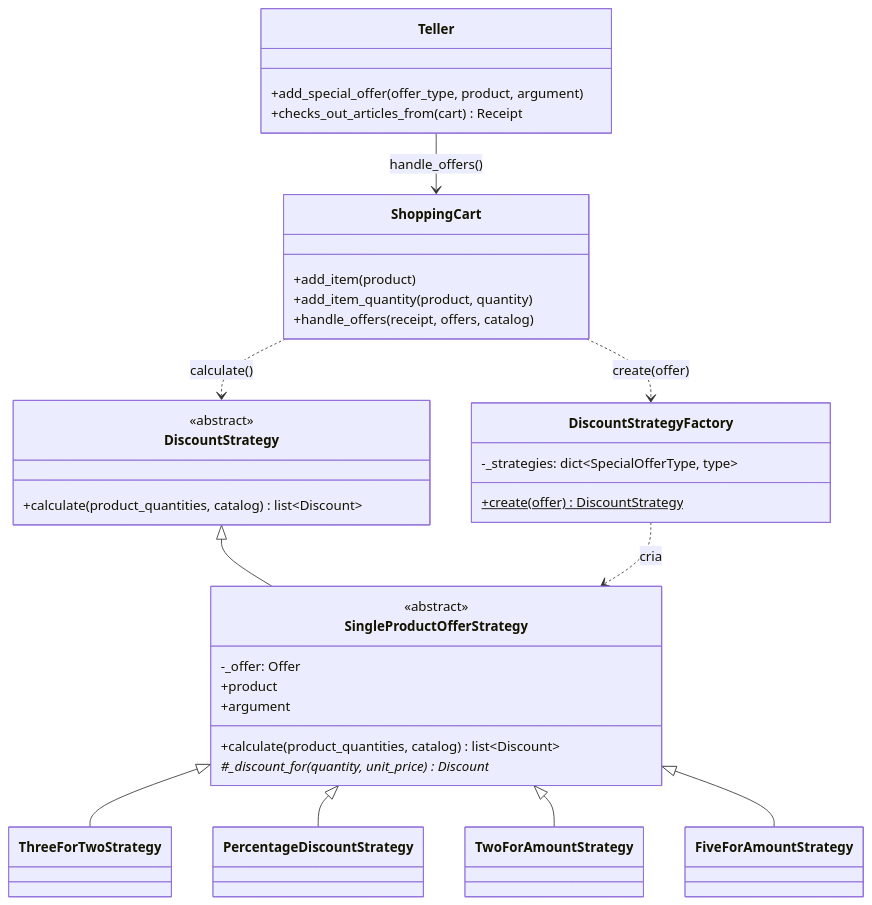
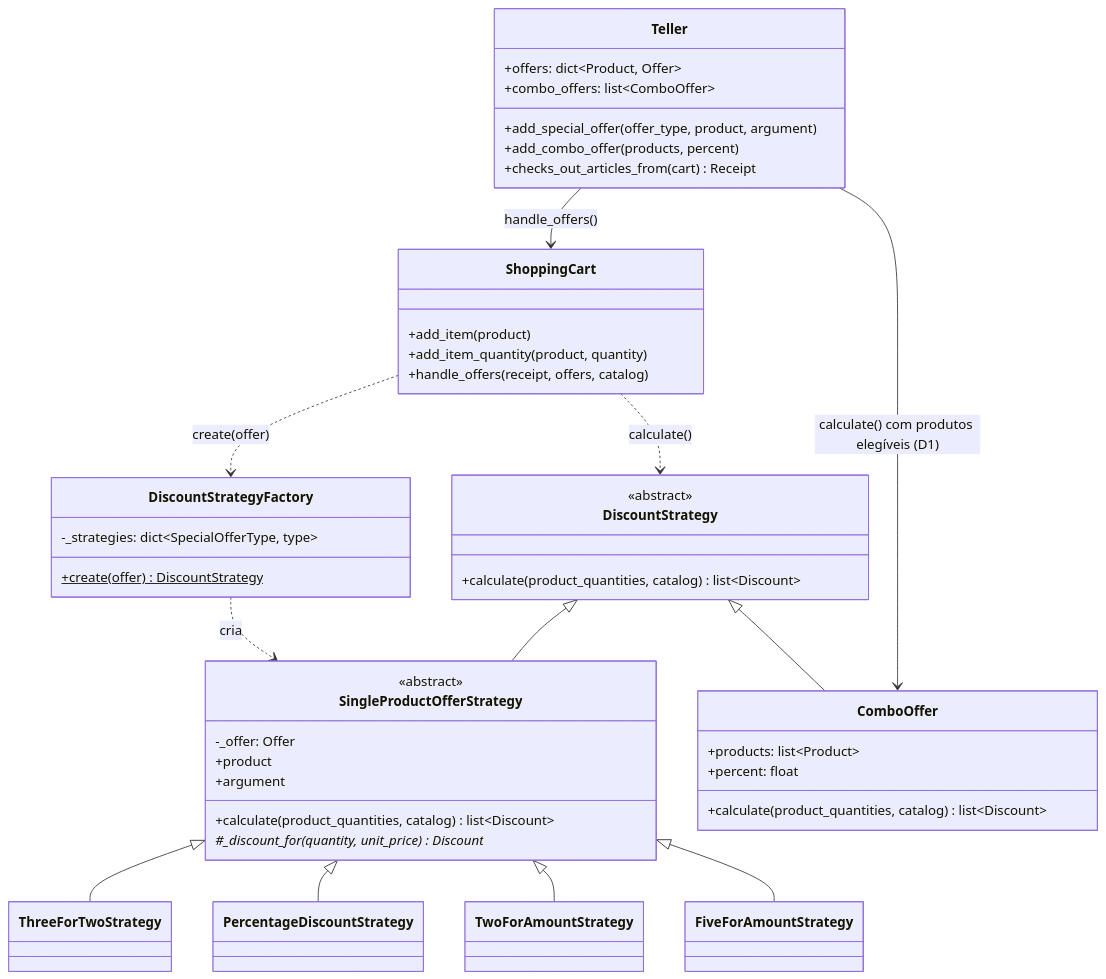
Before and after one commit to VictorBarretoAndrade/SuperMarket_av3: the second of 2 diagrams in docs/padroes_projeto.md, drawn with Mermaid. The commit also changed other lines of this file, not shown here.

Commit message:
docs: add ComboOffer to after class diagram in padroes_projeto.md

````diff
--- a/docs/padroes_projeto.md
+++ b/docs/padroes_projeto.md
@@ -214,42 +214,52 @@
 ```mermaid
 classDiagram
     class DiscountStrategy {
         <<abstract>>
         +calculate(product_quantities, catalog) list~Discount~
     }
     class SingleProductOfferStrategy {
         <<abstract>>
         -_offer: Offer
         +product
         +argument
         +calculate(product_quantities, catalog) list~Discount~
         #_discount_for(quantity, unit_price)* Discount
     }
     class ThreeForTwoStrategy
     class PercentageDiscountStrategy
     class TwoForAmountStrategy
     class FiveForAmountStrategy
     class DiscountStrategyFactory {
         -_strategies: dict~SpecialOfferType, type~
         +create(offer)$ DiscountStrategy
     }
     class ShoppingCart {
         +add_item(product)
         +add_item_quantity(product, quantity)
         +handle_offers(receipt, offers, catalog)
     }
+    class ComboOffer {
+        +products: list~Product~
+        +percent: float
+        +calculate(product_quantities, catalog) list~Discount~
+    }
     class Teller {
+        +offers: dict~Product, Offer~
+        +combo_offers: list~ComboOffer~
         +add_special_offer(offer_type, product, argument)
+        +add_combo_offer(products, percent)
         +checks_out_articles_from(cart) Receipt
     }
 
     DiscountStrategy <|-- SingleProductOfferStrategy
+    DiscountStrategy <|-- ComboOffer
     SingleProductOfferStrategy <|-- ThreeForTwoStrategy
     SingleProductOfferStrategy <|-- PercentageDiscountStrategy
     SingleProductOfferStrategy <|-- TwoForAmountStrategy
     SingleProductOfferStrategy <|-- FiveForAmountStrategy
     DiscountStrategyFactory ..> SingleProductOfferStrategy : cria
     ShoppingCart ..> DiscountStrategyFactory : create(offer)
     ShoppingCart ..> DiscountStrategy : calculate()
     Teller --> ShoppingCart : handle_offers()
+    Teller --> ComboOffer : calculate() com produtos elegíveis (D1)
 ```
````
